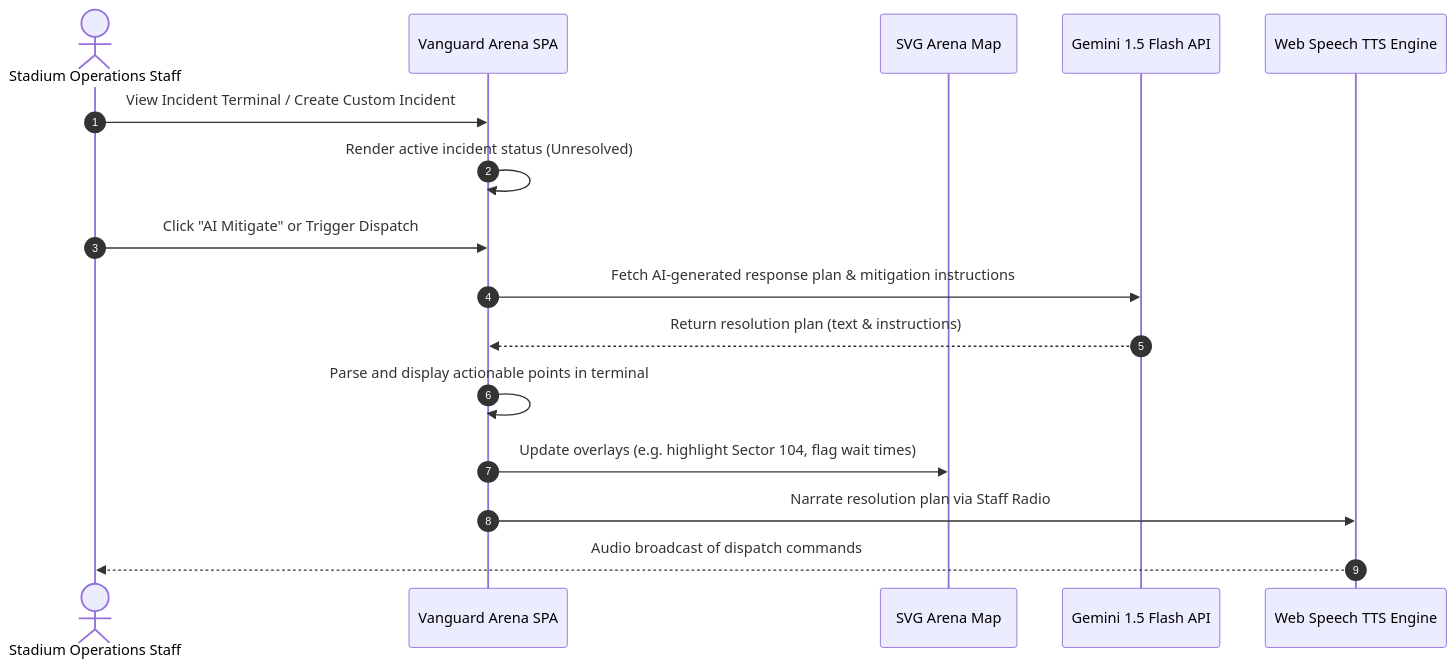
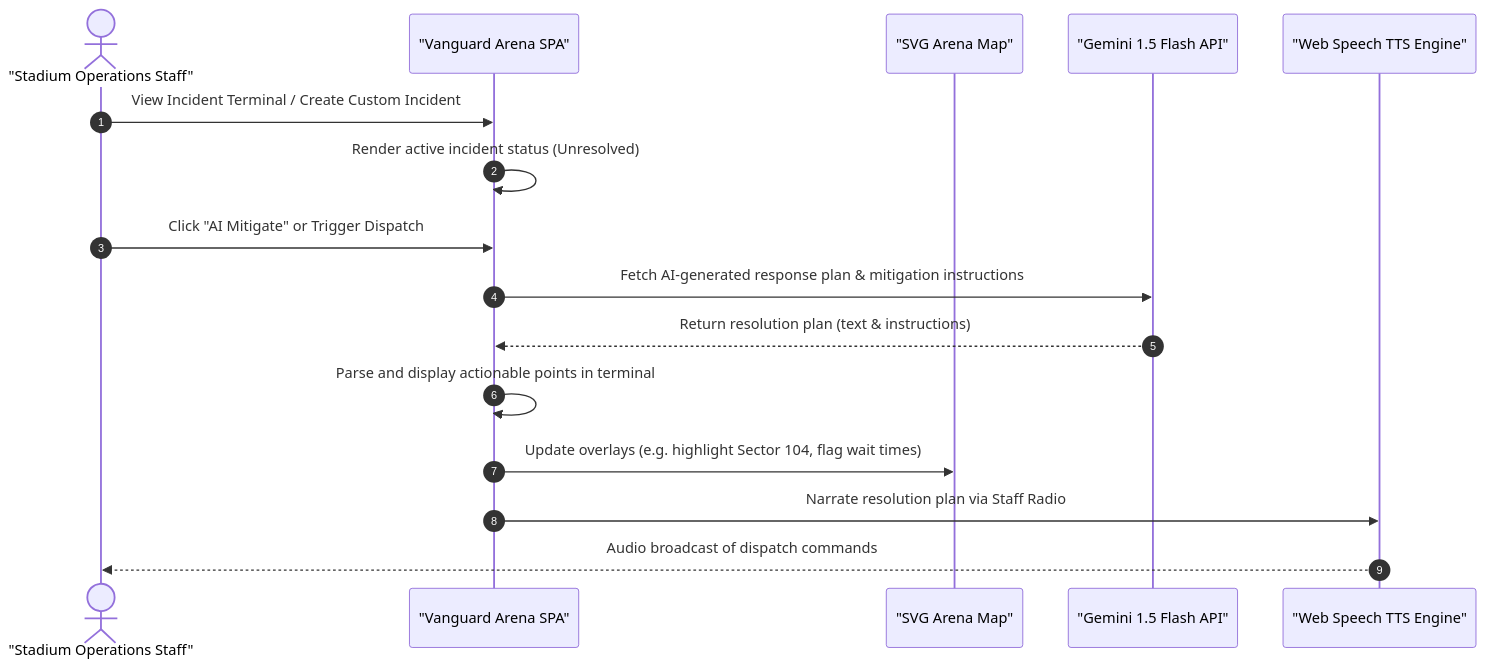
The second of 3 diagrams in README.md (624183-NITAP/VANGUARD-ARENA-AI), drawn with Mermaid before and after one commit. The commit also changed other lines of this file, not shown here.

Commit message:
Fix Mermaid diagrams syntax for compatibility with GitHub parser

````diff
--- a/README.md
+++ b/README.md
@@ -47,19 +50,19 @@
 ```mermaid
 sequenceDiagram
     autonumber
-    actor Staff as Stadium Operations Staff
-    participant SPA as Vanguard Arena SPA
-    participant Map as SVG Arena Map
-    participant Gemini as Gemini 1.5 Flash API
-    participant TTS as Web Speech TTS Engine
+    actor Staff as "Stadium Operations Staff"
+    participant SPA as "Vanguard Arena SPA"
+    participant Map as "SVG Arena Map"
+    participant Gemini as "Gemini 1.5 Flash API"
+    participant TTS as "Web Speech TTS Engine"
 
     Staff->>SPA: View Incident Terminal / Create Custom Incident
     SPA->>SPA: Render active incident status (Unresolved)
     Staff->>SPA: Click "AI Mitigate" or Trigger Dispatch
     SPA->>Gemini: Fetch AI-generated response plan & mitigation instructions
     Gemini-->>SPA: Return resolution plan (text & instructions)
     SPA->>SPA: Parse and display actionable points in terminal
     SPA->>Map: Update overlays (e.g. highlight Sector 104, flag wait times)
     SPA->>TTS: Narrate resolution plan via Staff Radio
     TTS-->>Staff: Audio broadcast of dispatch commands
 ```
````
